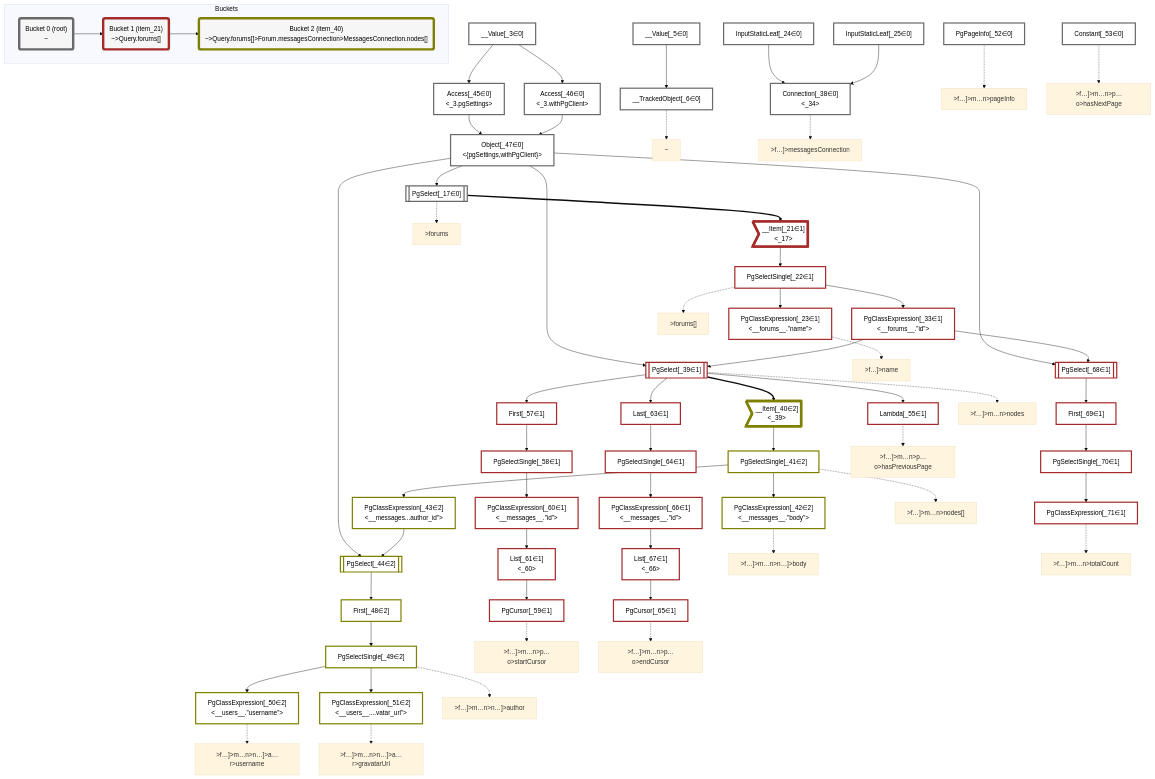
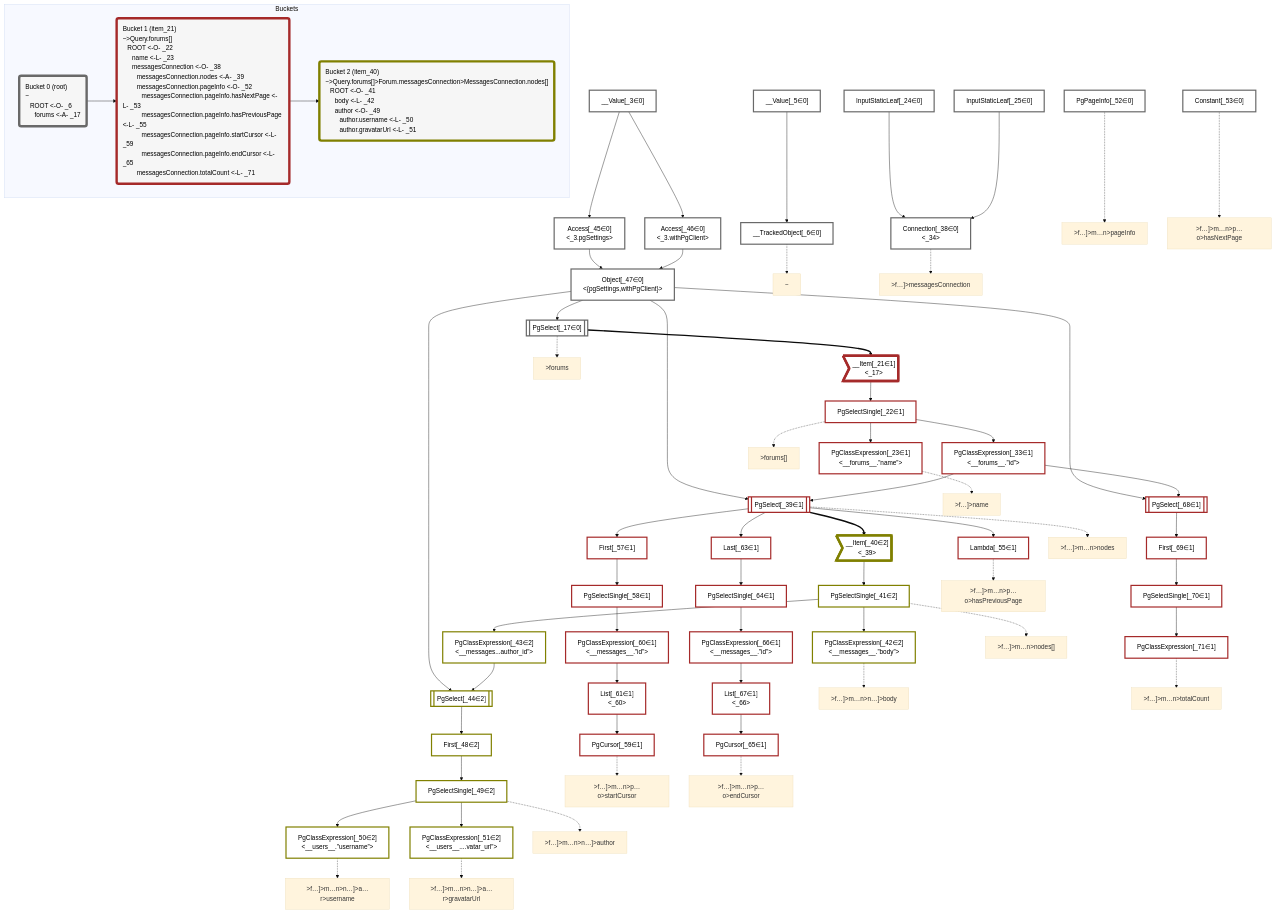
The diagram in packages/dataplan-pg/__tests__/queries/connections/pagination-when-inlined-backwards-nodes-only.deopt.mermaid.md (graphile/crystal), drawn with Mermaid (base theme) before and after one commit. The commit also changed 195 other files, not shown here.

```diff
--- a/packages/dataplan-pg/__tests__/queries/connections/pagination-when-inlined-backwards-nodes-only.deopt.mermaid.md
+++ b/packages/dataplan-pg/__tests__/queries/connections/pagination-when-inlined-backwards-nodes-only.deopt.mermaid.md
@@ -4,7 +4,7 @@
     classDef plan fill:#fff,stroke-width:3px,color:#000
     classDef itemplan fill:#fff,stroke-width:6px,color:#000
     classDef sideeffectplan fill:#f00,stroke-width:6px,color:#000
-    classDef bucket fill:#f6f6f6,color:#000,stroke-width:6px
+    classDef bucket fill:#f6f6f6,color:#000,stroke-width:6px,text-align:left
 
 
     %% define plans
@@ -137,12 +137,12 @@
     class __Item_40,PgSelectSingle_41,PgClassExpression_42,PgClassExpression_43,PgSelect_44,First_48,PgSelectSingle_49,PgClassExpression_50,PgClassExpression_51 bucket2
 
     subgraph Buckets
-    Bucket0("Bucket 0 (root)<br />~"):::bucket
+    Bucket0("Bucket 0 (root)<br />~<br />⠀ROOT <-O- _6<br />⠀⠀forums <-A- _17"):::bucket
     style Bucket0 stroke:#696969
-    Bucket1("Bucket 1 (item_21)<br />~>Query.forums[]"):::bucket
+    Bucket1("Bucket 1 (item_21)<br />~>Query.forums[]<br />⠀ROOT <-O- _22<br />⠀⠀name <-L- _23<br />⠀⠀messagesConnection <-O- _38<br />⠀⠀⠀messagesConnection.nodes <-A- _39<br />⠀⠀⠀messagesConnection.pageInfo <-O- _52<br />⠀⠀⠀⠀messagesConnection.pageInfo.hasNextPage <-L- _53<br />⠀⠀⠀⠀messagesConnection.pageInfo.hasPreviousPage <-L- _55<br />⠀⠀⠀⠀messagesConnection.pageInfo.startCursor <-L- _59<br />⠀⠀⠀⠀messagesConnection.pageInfo.endCursor <-L- _65<br />⠀⠀⠀messagesConnection.totalCount <-L- _71"):::bucket
     style Bucket1 stroke:#a52a2a
     Bucket0 --> Bucket1
-    Bucket2("Bucket 2 (item_40)<br />~>Query.forums[]>Forum.messagesConnection>MessagesConnection.nodes[]"):::bucket
+    Bucket2("Bucket 2 (item_40)<br />~>Query.forums[]>Forum.messagesConnection>MessagesConnection.nodes[]<br />⠀ROOT <-O- _41<br />⠀⠀body <-L- _42<br />⠀⠀author <-O- _49<br />⠀⠀⠀author.username <-L- _50<br />⠀⠀⠀author.gravatarUrl <-L- _51"):::bucket
     style Bucket2 stroke:#808000
     Bucket1 --> Bucket2
     end
```
